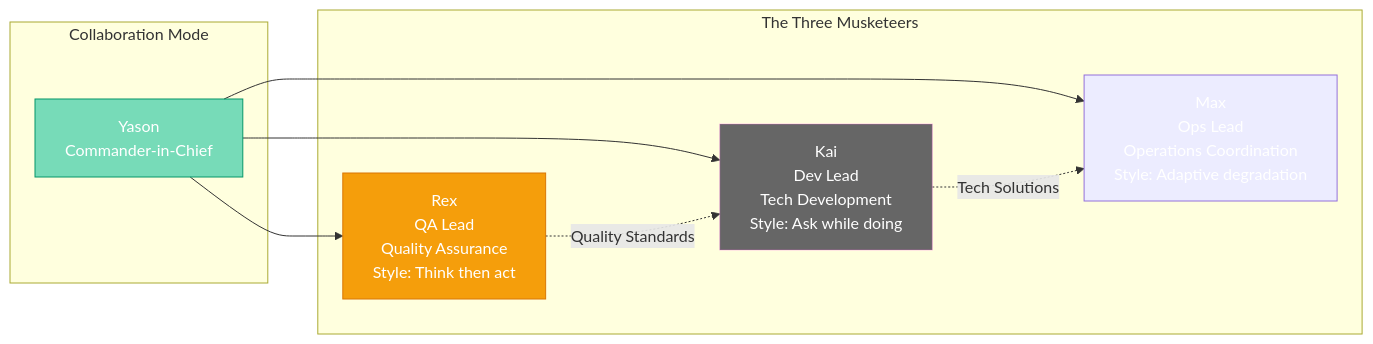
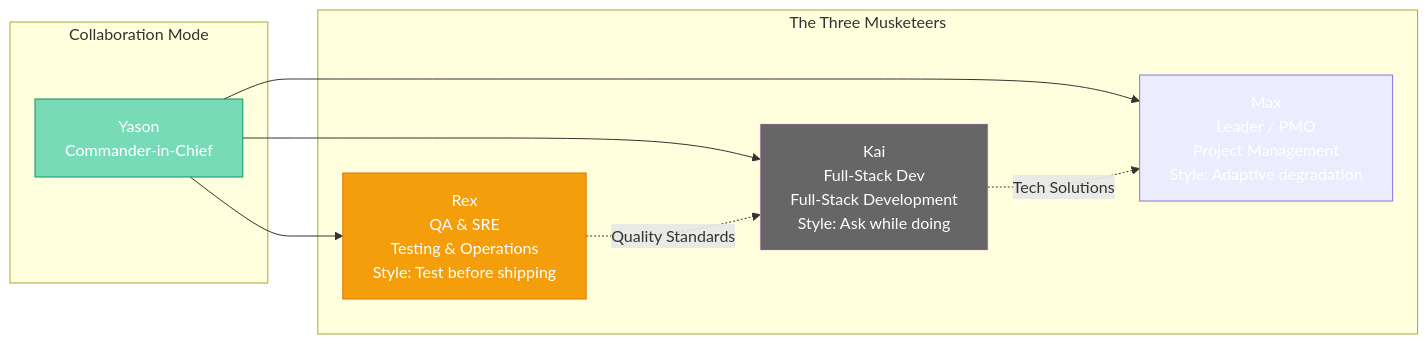
One commit to VokoForge/ai-prism changed the second of 3 diagrams in posts/yason-and-roberts/en/ch02.md. Above: the diagram before and after it, drawn with Mermaid. The commit also changed other lines of this file and 29 other files, not shown here.

````diff
--- a/posts/yason-and-roberts/en/ch02.md
+++ b/posts/yason-and-roberts/en/ch02.md
@@ -110,23 +110,23 @@
 ```mermaid
 graph LR
     subgraph "The Three Musketeers"
-        K[Kai<br>Dev Lead<br>Tech Development<br>Style: Ask while doing]
-        R[Rex<br>QA Lead<br>Quality Assurance<br>Style: Think then act]
-        M[Max<br>Ops Lead<br>Operations Coordination<br>Style: Adaptive degradation]
+        K[Kai<br>Full-Stack Dev<br>Full-Stack Development<br>Style: Ask while doing]
+        R[Rex<br>QA & SRE<br>Testing & Operations<br>Style: Test before shipping]
+        M[Max<br>Leader / PMO<br>Project Management<br>Style: Adaptive degradation]
     end
 
     subgraph "Collaboration Mode"
         Y[Yason<br>Commander-in-Chief]
     end
 
     Y --> K
     Y --> R
     Y --> M
     K -.->|Tech Solutions| M
     R -.->|Quality Standards| K
 
     style K fill:#666f,stroke:#f6e5,color:#fff
     style R fill:#f59e0b,stroke:#d97706,color:#fff
     style M fill:#ec899,stroke:#be85d,color:#fff
     style Y fill:#0b98,stroke:#059669,color:#fff
 ```
````
